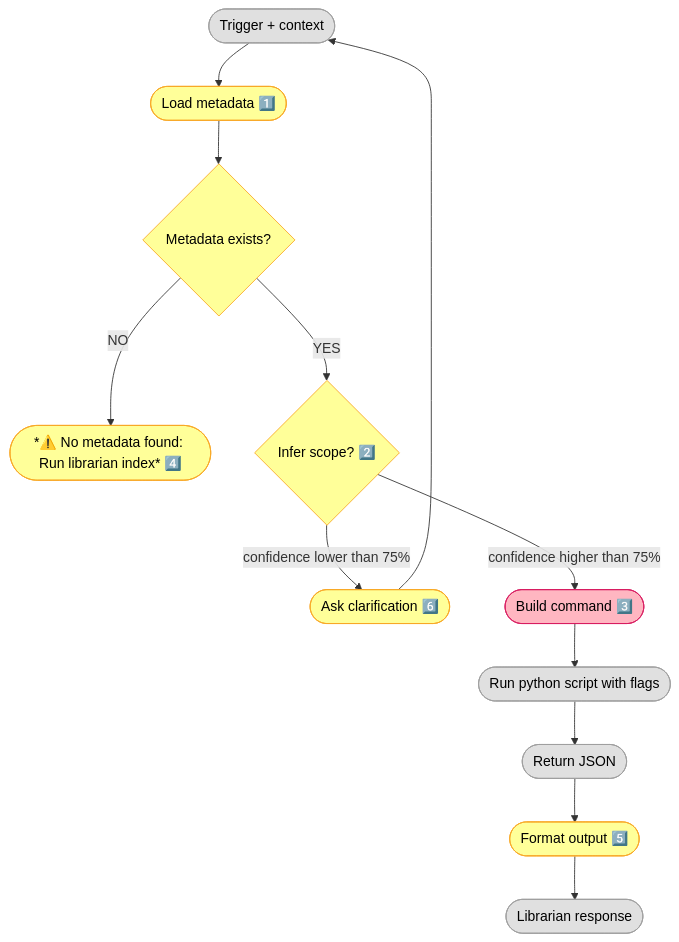
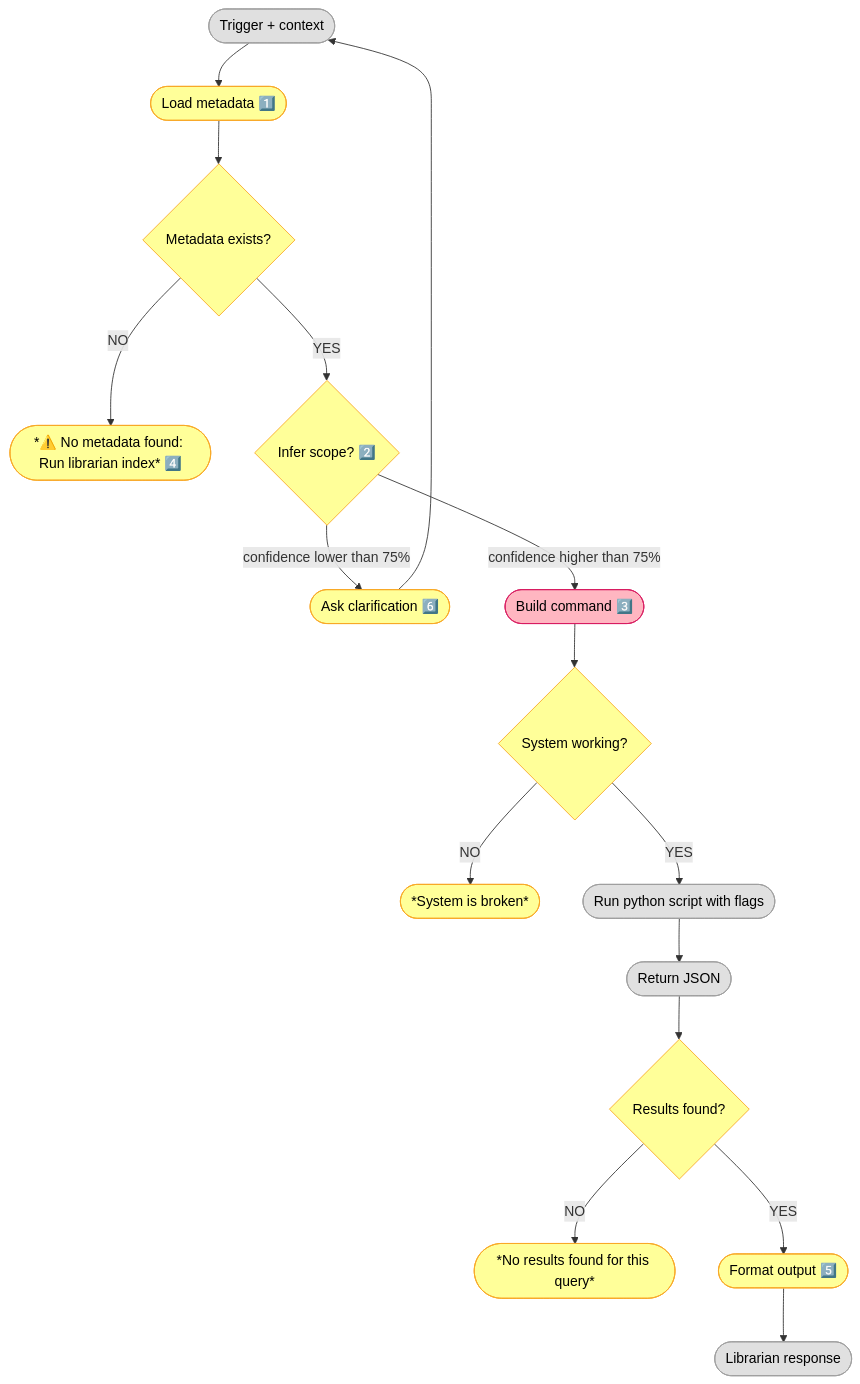
One commit to nonlinear/librarian changed the diagram in backstage/epic-notes/v0.15.0-skill-protocol.md. Above: the diagram before and after it, drawn with Mermaid.

Commit message:
arch: Add error handling - system check + empty results

````diff
--- a/backstage/epic-notes/v0.15.0-skill-protocol.md
+++ b/backstage/epic-notes/v0.15.0-skill-protocol.md
@@ -3,30 +3,39 @@
 ```mermaid
 flowchart TD
     TRIGGER(["Trigger + context"])
     TRIGGER --> METADATA(["Load metadata 1️⃣"])
     METADATA --> CHECK{"Metadata exists?"}
     CHECK -->|NO| ERROR(["*⚠️ No metadata found: Run librarian index* 4️⃣"])
     CHECK -->|YES| INFER{"Infer scope? 2️⃣"}
     
     INFER -->|"confidence lower than 75%"| CLARIFY(["Ask clarification 6️⃣"])
     CLARIFY --> TRIGGER
     
     INFER -->|"confidence higher than 75%"| BUILD(["Build command 3️⃣"])
     
-    BUILD --> EXEC(["Run python script with flags"])
+    BUILD --> CHECK_SYSTEM{"System working?"}
+    CHECK_SYSTEM -->|NO| BROKEN(["*System is broken*"])
+    CHECK_SYSTEM -->|YES| EXEC(["Run python script with flags"])
+    
     EXEC --> JSON(["Return JSON"])
-    JSON --> FORMAT(["Format output 5️⃣"])
+    JSON --> CHECK_RESULTS{"Results found?"}
+    CHECK_RESULTS -->|NO| EMPTY(["*No results found for this query*"])
+    CHECK_RESULTS -->|YES| FORMAT(["Format output 5️⃣"])
     FORMAT --> RESPONSE(["Librarian response"])
     
     style TRIGGER fill:#E0E0E0,stroke:#9E9E9E,color:#000
     style METADATA fill:#FFFF99,stroke:#F9A825,color:#000
     style INFER fill:#FFFF99,stroke:#F9A825,color:#000
     style CLARIFY fill:#FFFF99,stroke:#F9A825,color:#000
     style BUILD fill:#FFB6C1,stroke:#D81B60,color:#000
     style EXEC fill:#E0E0E0,stroke:#9E9E9E,color:#000
     style JSON fill:#E0E0E0,stroke:#9E9E9E,color:#000
     style FORMAT fill:#FFFF99,stroke:#F9A825,color:#000
     style RESPONSE fill:#E0E0E0,stroke:#9E9E9E,color:#000
     style CHECK fill:#FFFF99,stroke:#F9A825,color:#000
     style ERROR fill:#FFFF99,stroke:#F9A825,color:#000
+    style CHECK_SYSTEM fill:#FFFF99,stroke:#F9A825,color:#000
+    style BROKEN fill:#FFFF99,stroke:#F9A825,color:#000
+    style CHECK_RESULTS fill:#FFFF99,stroke:#F9A825,color:#000
+    style EMPTY fill:#FFFF99,stroke:#F9A825,color:#000
 ```
````
